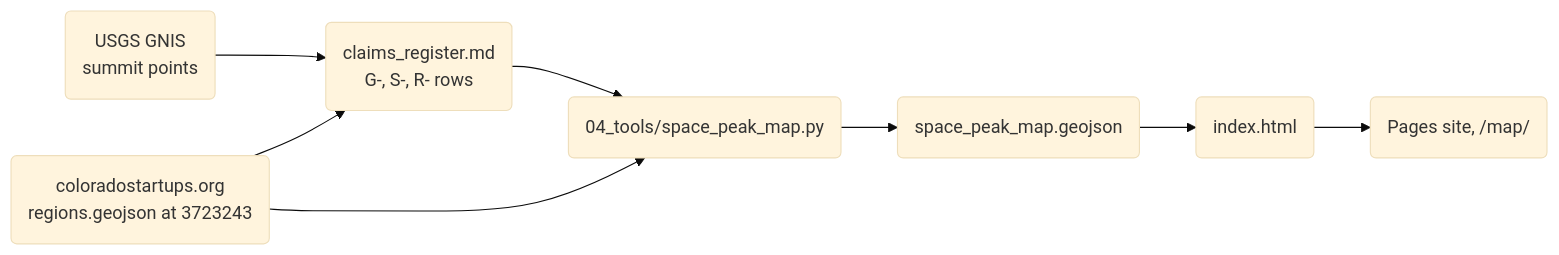
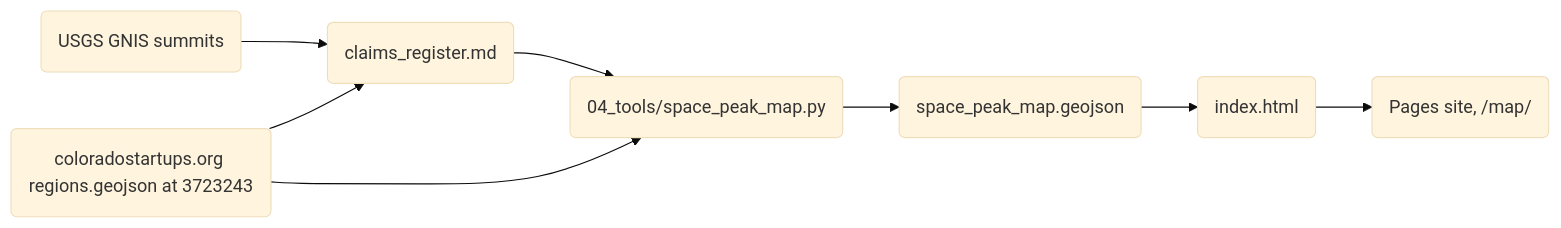
One commit to Colorado-Startups/space-peak changed the diagram in 03_deliverables/map/README.md. Above: the diagram before and after it, drawn with Mermaid (base theme). The commit also changed other lines of this file and 2 other files, not shown here.

First line of the commit message:
SECURITY, the map README and REVIEW meet the read goals (#173)

````diff
--- a/03_deliverables/map/README.md
+++ b/03_deliverables/map/README.md
@@ -5,9 +5,5 @@
 ```mermaid
 flowchart LR
-  G("USGS GNIS<br/>summit points") --> REG("claims_register.md<br/>G-, S-, R- rows")
-  W("coloradostartups.org<br/>regions.geojson at 3723243") --> REG
-  REG --> B("04_tools/space_peak_map.py")
-  W --> B
-  B --> D("space_peak_map.geojson") --> P("index.html")
-  P --> PAGES("Pages site, /map/")
+  G("USGS GNIS summits") --> R("claims_register.md") --> B("04_tools/space_peak_map.py") --> D("space_peak_map.geojson") --> P("index.html") --> S("Pages site, /map/")
+  W("coloradostartups.org regions.geojson at 3723243") --> R & B
 ```
````
